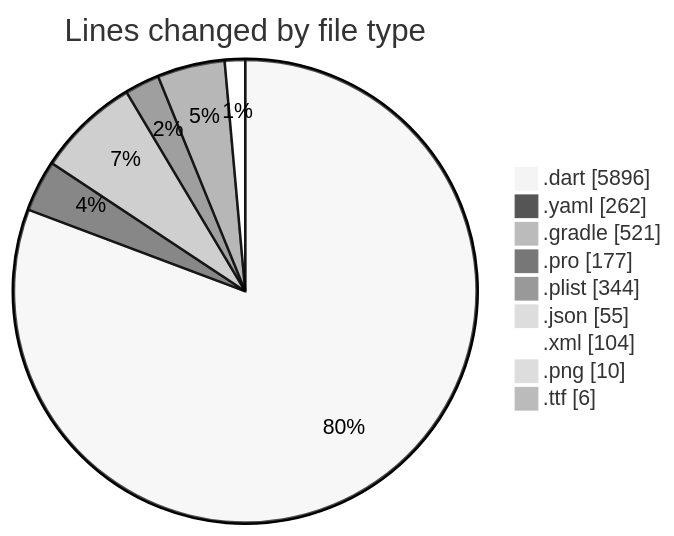
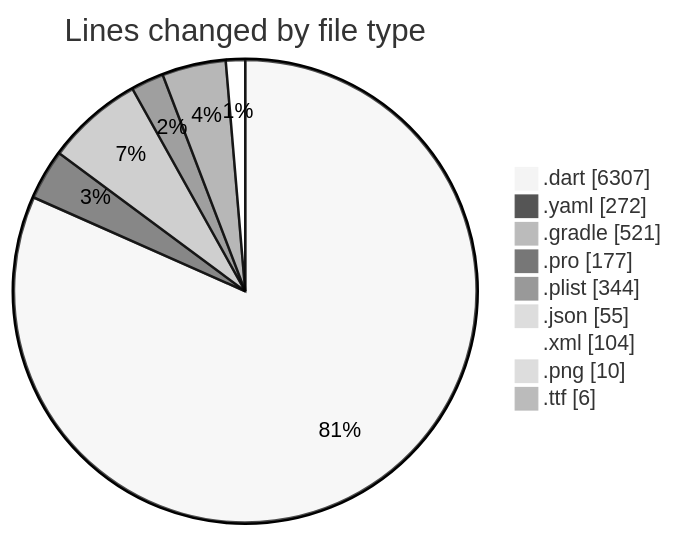
One commit to lephambinh05/code-tracking changed the first of 2 diagrams in 2025-07-29/appproject/README.md. Above: the diagram before and after it, drawn with Mermaid (neutral theme). The commit also changed other lines of this file and 1 other file, not shown here.

````diff
--- a/2025-07-29/appproject/README.md
+++ b/2025-07-29/appproject/README.md
@@ -56,13 +56,13 @@
 ```mermaid
 pie showData
 title Lines changed by file type
-".dart" : 5896
-".yaml" : 262
+".dart" : 6307
+".yaml" : 272
 ".gradle" : 521
 ".pro" : 177
 ".plist" : 344
 ".json" : 55
 ".xml" : 104
 ".png" : 10
 ".ttf" : 6
 ```
````
